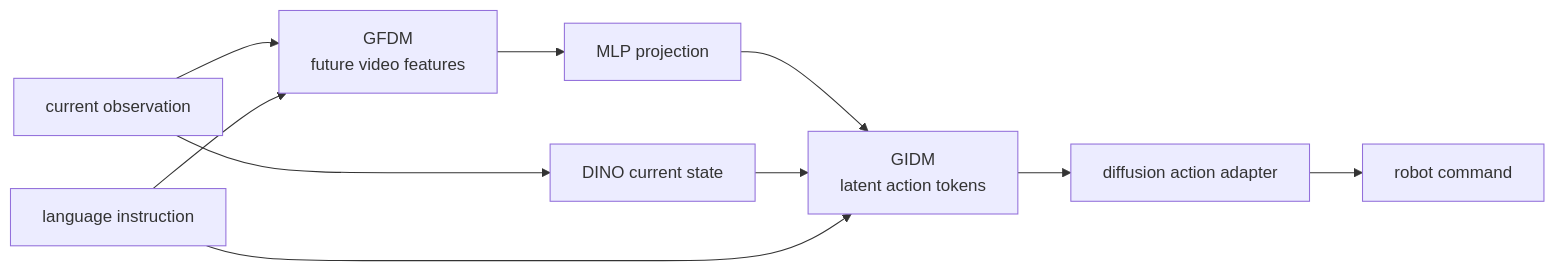
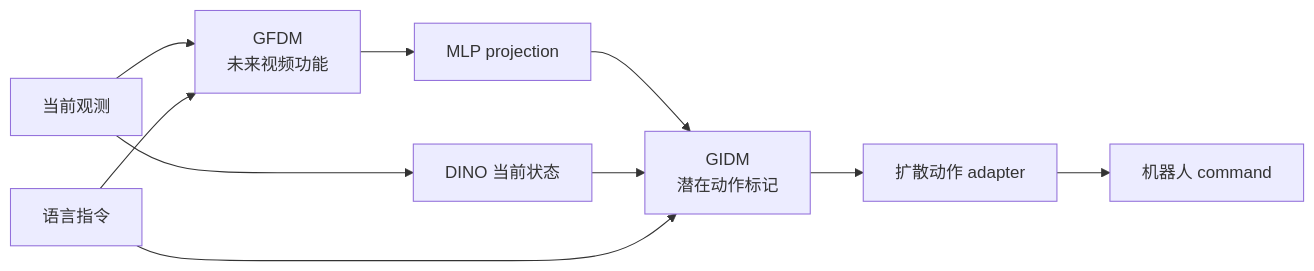
Before and after one commit to niuverse/llm-wiki: the diagram in wiki/entities/DeFI.md, drawn with Mermaid. The commit also changed other lines of this file and 123 other files, not shown here.

````diff
--- a/wiki/entities/DeFI.md
+++ b/wiki/entities/DeFI.md
@@ -17,12 +17,12 @@
 ```mermaid
 flowchart LR
-  O["current observation"] --> G["GFDM<br/>future video features"]
-  L["language instruction"] --> G
+  O["当前观测"] --> G["GFDM<br/>未来视频功能"]
+  L["语言指令"] --> G
   G --> P["MLP projection"]
-  O --> D["DINO current state"]
-  P --> I["GIDM<br/>latent action tokens"]
+  O --> D["DINO 当前状态"]
+  P --> I["GIDM<br/>潜在动作标记"]
   D --> I
   L --> I
-  I --> A["diffusion action adapter"]
-  A --> R["robot command"]
+  I --> A["扩散动作 adapter"]
+  A --> R["机器人 command"]
 ```
````
